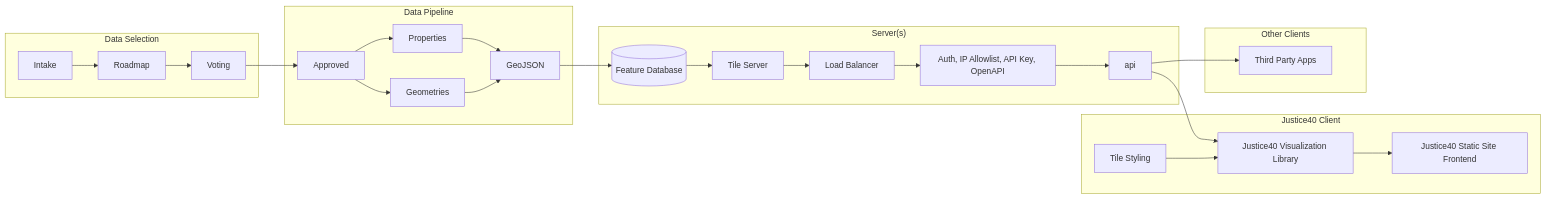
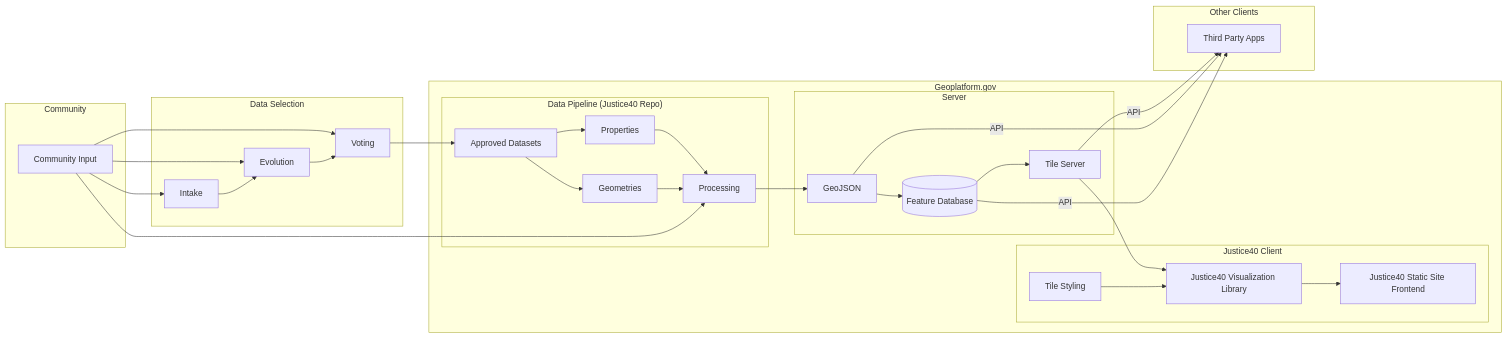
The diagram in docs/architecture/architecture.mmd (usds/justice40-tool), drawn with Mermaid before and after one commit. The commit also changed 2 other files, not shown here.

Commit message:
Fixes #18 - Addresses potential architecture on geoplatform.gov (#45)
* Fixes #18 - Addresses potential architecture on geoplatform.gov

* Add changes

* Adding commuinity input into processing

* Add changes

* Add ADR for Hosting

* Update from PR review

```diff
--- a/docs/architecture/architecture.mmd
+++ b/docs/architecture/architecture.mmd
@@ -1,26 +1,38 @@
 graph LR
+    subgraph c["Community"]
+        input["Community Input"]
+    end
+
     subgraph ds["Data Selection"]
-    Intake --> Roadmap --> Voting
+        input --> Intake
+        input --> Evolution
+        input --> Voting
+        Intake --> Evolution --> Voting
     end
-    subgraph dp["Data Pipeline"]
-    Voting --> Approved
-    Approved --> Properties
-    Approved --> Geometries
-    Properties --> GeoJSON
-    Geometries --> GeoJSON
+    
+    subgraph s["Geoplatform.gov"]
+        subgraph dp["Data Pipeline (Justice40 Repo)"]
+            Voting --> a["Approved Datasets"]
+            a --> Properties
+            a --> Geometries
+            Properties --> Processing
+            Geometries --> Processing
+            input --> Processing
+        end
+        subgraph Server
+            Processing --> GeoJSON
+            GeoJSON --> db[("Feature Database")]
+            db --> tileserv["Tile Server"]
+        end
+            subgraph j40["Justice40 Client"]
+            tileserv --> vl
+            ts["Tile Styling"] --> vl["Justice40 Visualization Library"]
+            vl --> fe["Justice40 Static Site Frontend"]
+        end
     end
-    subgraph s["Server(s)"]
-    GeoJSON --> db[("Feature Database")]
-    db --> tileserv["Tile Server"]
-    tileserv --> lb["Load Balancer"]
-    lb --> auth["Auth, IP Allowlist, API Key, OpenAPI"]
-    auth --> api
+
+    subgraph oc["Other Clients"]
+        tileserv -- API --> 3p["Third Party Apps"]
+        GeoJSON -- API --> 3p
+        db -- API --> 3p
     end
-    subgraph j40["Justice40 Client"]
-    api --> vl["Justice40 Visualization Library"]
-    ts["Tile Styling"] --> vl
-    vl --> fe["Justice40 Static Site Frontend"]
-    end
-    subgraph oc["Other Clients"]
-    api --> 3p["Third Party Apps"]
-    end
```
